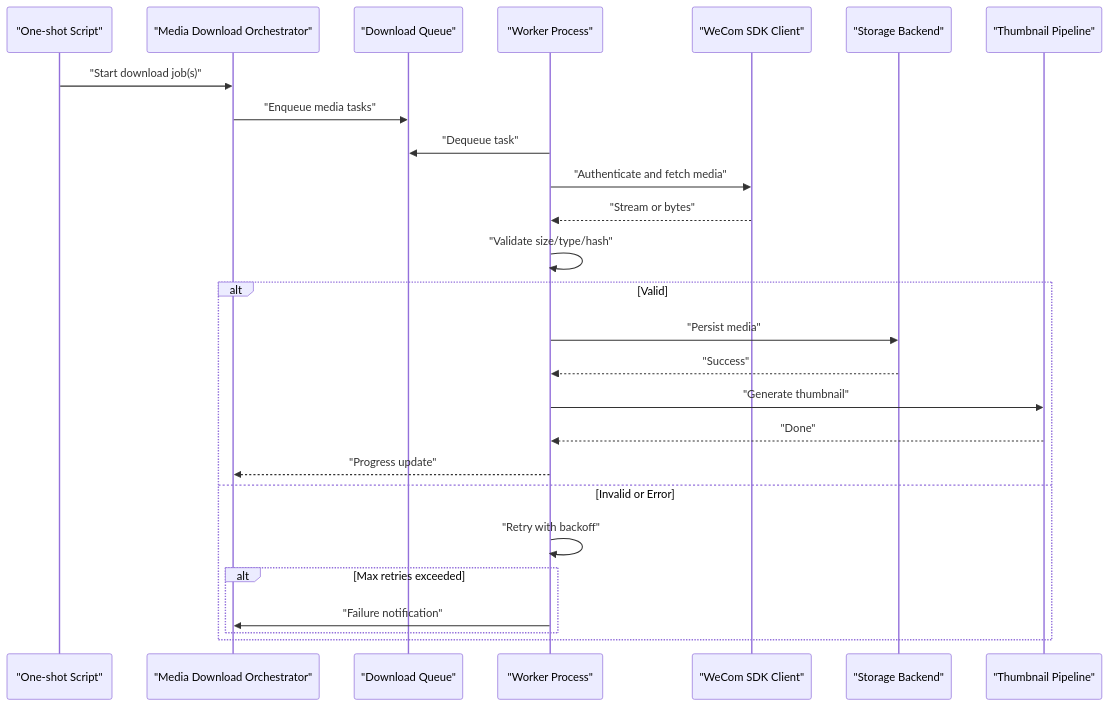
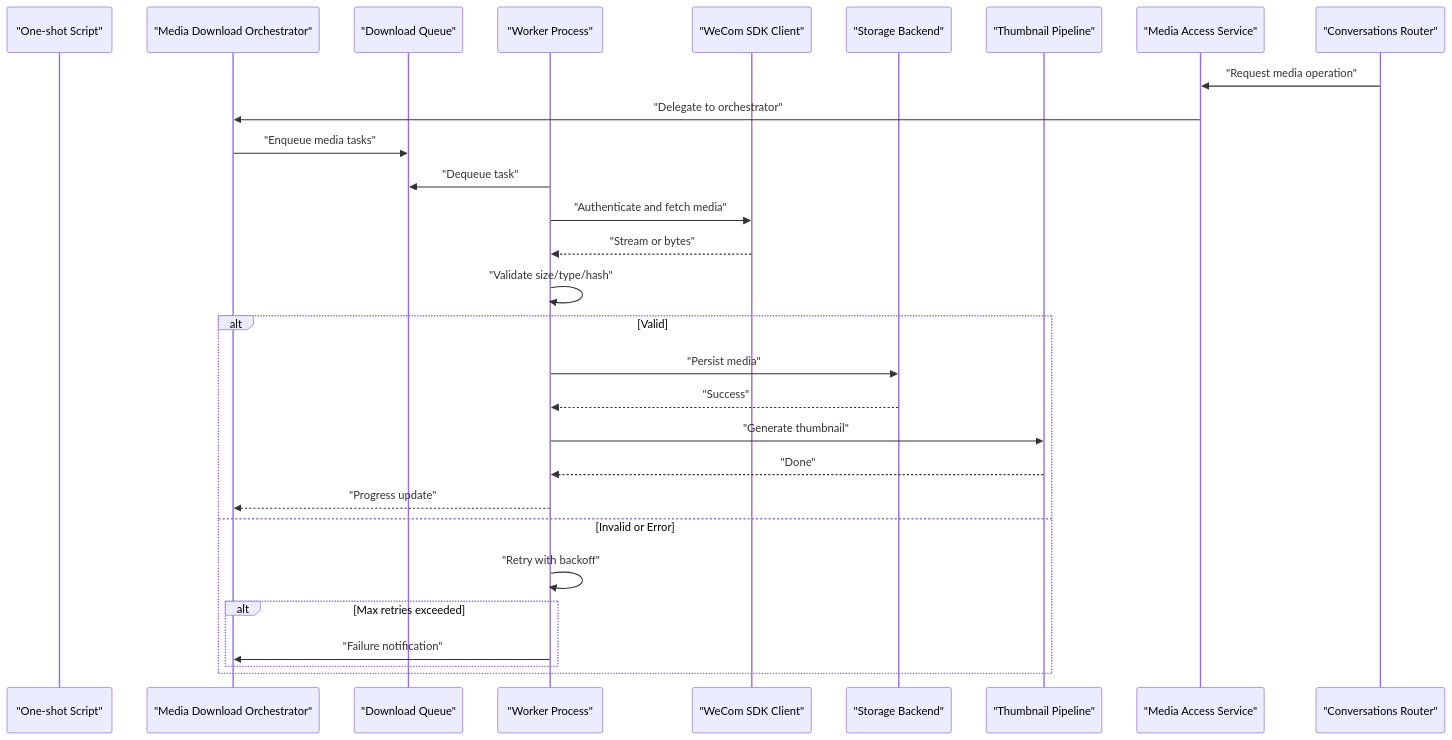
One commit to zuohaisu/wecom-archive changed the second of 10 diagrams in .qoder/repowiki/en/content/Architecture/Storage Abstraction Layer/Media Download Pipeline.md. Above: the diagram before and after it, drawn with Mermaid. The commit also changed other lines of this file and 84 other files, not shown here.

````diff
--- a/.qoder/repowiki/en/content/Architecture/Storage Abstraction Layer/Media Download Pipeline.md
+++ b/.qoder/repowiki/en/content/Architecture/Storage Abstraction Layer/Media Download Pipeline.md
@@ -115,28 +140,31 @@
 ```mermaid
 sequenceDiagram
 participant CLI as "One-shot Script"
 participant Orchestrator as "Media Download Orchestrator"
 participant Queue as "Download Queue"
 participant Worker as "Worker Process"
 participant SDK as "WeCom SDK Client"
 participant Store as "Storage Backend"
 participant Thumb as "Thumbnail Pipeline"
-CLI->>Orchestrator : "Start download job(s)"
+participant MAS as "Media Access Service"
+participant CR as "Conversations Router"
+CR->>MAS : "Request media operation"
+MAS->>Orchestrator : "Delegate to orchestrator"
 Orchestrator->>Queue : "Enqueue media tasks"
 Worker->>Queue : "Dequeue task"
 Worker->>SDK : "Authenticate and fetch media"
 SDK-->>Worker : "Stream or bytes"
 Worker->>Worker : "Validate size/type/hash"
 alt Valid
 Worker->>Store : "Persist media"
 Store-->>Worker : "Success"
 Worker->>Thumb : "Generate thumbnail"
 Thumb-->>Worker : "Done"
 Worker-->>Orchestrator : "Progress update"
 else Invalid or Error
 Worker->>Worker : "Retry with backoff"
 alt Max retries exceeded
 Worker->>Orchestrator : "Failure notification"
 end
 end
 ```
````
